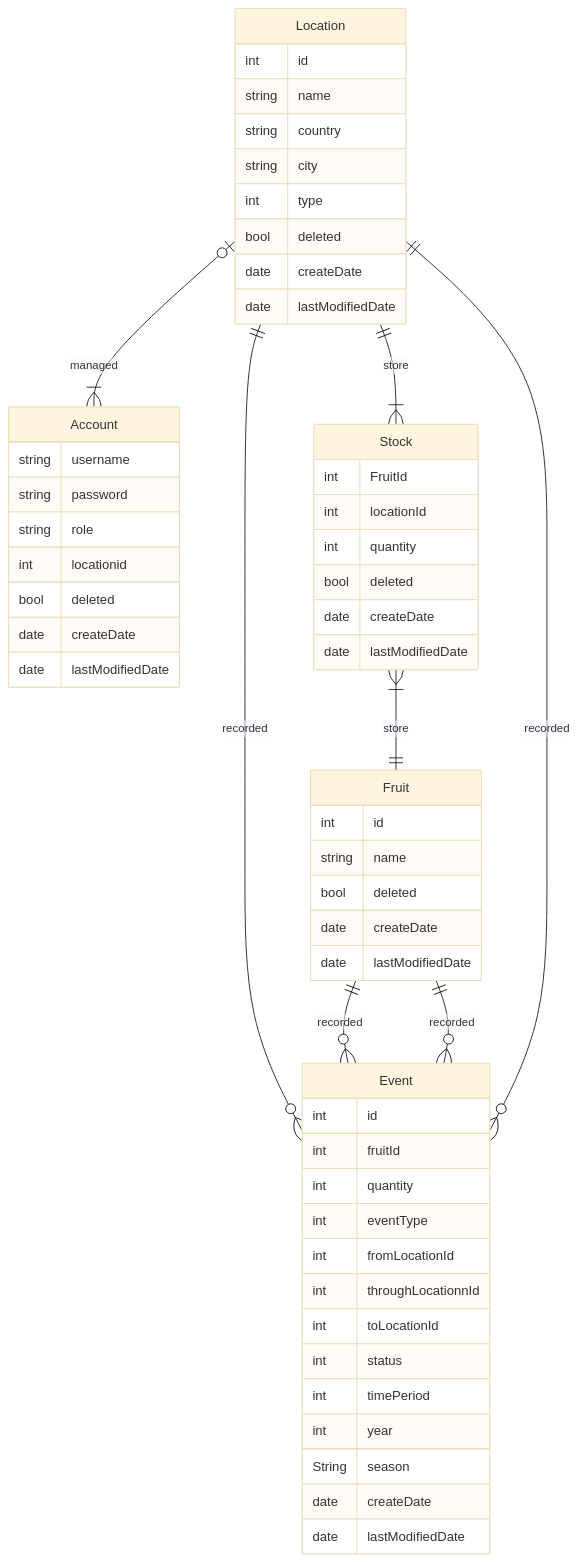
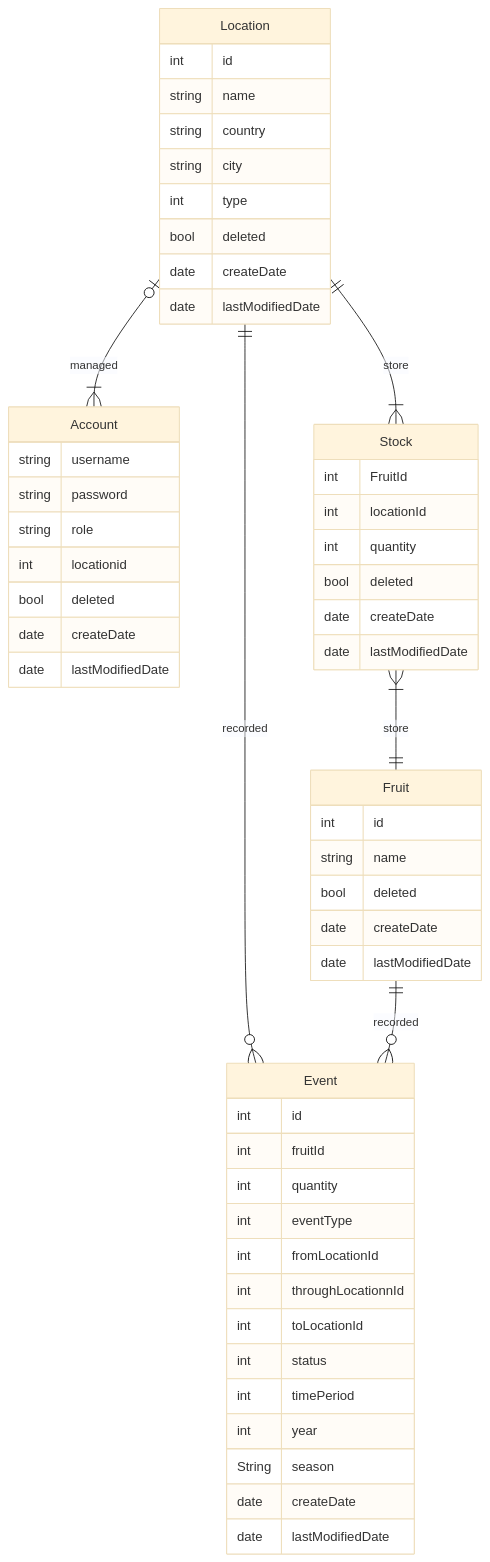
The fifth of 5 diagrams in README.md (LMCv2/EnterpriseSystemsDevelopment), drawn with Mermaid (base theme) before and after one commit.

````diff
--- a/README.md
+++ b/README.md
@@ -202,60 +202,58 @@
 ```mermaid
 erDiagram
     Location |o--|{ Account : managed
     Location ||--|{ Stock : store
     Stock }|--|| Fruit : store
     Location ||--o{ Event : recorded
     Fruit ||--o{ Event : recorded
-    Fruit ||--o{ Event : recorded
-    Location ||--o{ Event : recorded
 
     Account {
         string username
         string password
         string role
         int locationid
         bool deleted
         date createDate
         date lastModifiedDate
     }
     Stock {
         int FruitId
         int locationId
         int quantity
         bool deleted
         date createDate
         date lastModifiedDate
     }
     Fruit {
         int id
         string name
         bool deleted
         date createDate
         date lastModifiedDate
     }
     Location {
         int id
         string name
         string country
         string city
         int type
         bool deleted
         date createDate
         date lastModifiedDate
     }
     Event {
         int id
         int fruitId
         int quantity
         int eventType
         int fromLocationId
         int throughLocationnId
         int toLocationId
         int status
         int timePeriod
         int year
         String season
         date createDate
         date lastModifiedDate
     }
 ```
````
